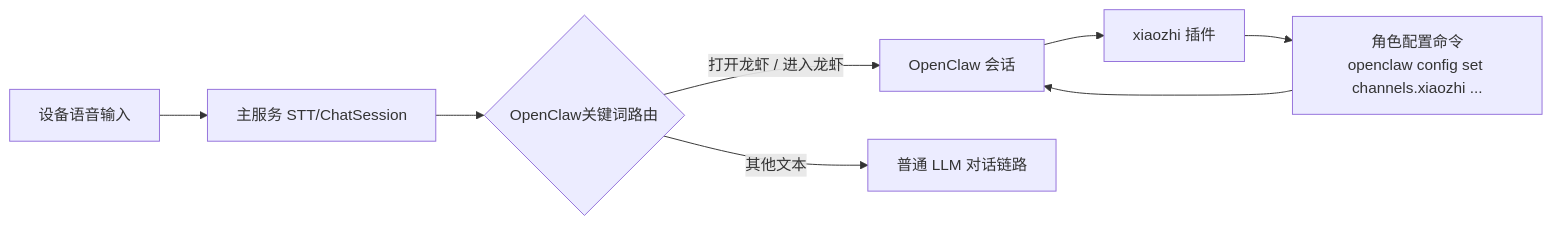
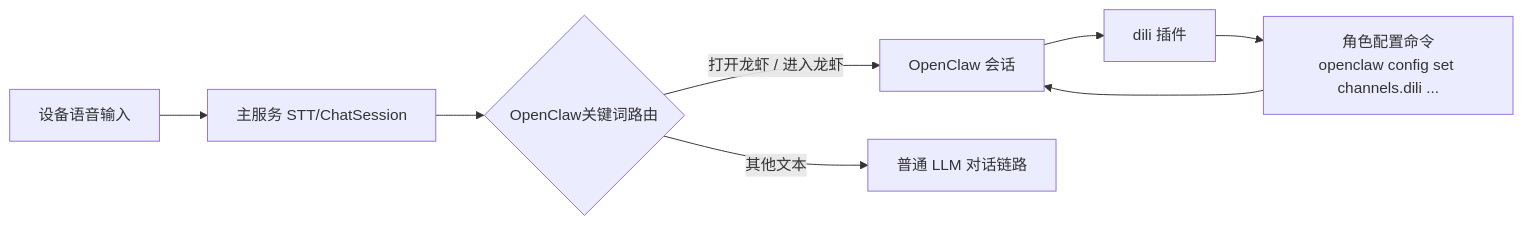
Before and after one commit to artaime/dilidili: the diagram in doc/openclaw_integration.md, drawn with Mermaid. The commit also changed other lines of this file and 325 other files, not shown here.

````diff
--- a/doc/openclaw_integration.md
+++ b/doc/openclaw_integration.md
@@ -5,10 +5,10 @@
 ```mermaid
 flowchart LR
   Device[设备语音输入] --> ASR[主服务 STT/ChatSession]
   ASR --> Route{OpenClaw关键词路由}
   Route -- 打开龙虾 / 进入龙虾 --> OCSession[OpenClaw 会话]
   Route -- 其他文本 --> LLM[普通 LLM 对话链路]
-  OCSession --> Plugin[xiaozhi 插件]
-  Plugin --> ChannelCmd[角色配置命令<br/>openclaw config set channels.xiaozhi ...]
+  OCSession --> Plugin[dili 插件]
+  Plugin --> ChannelCmd[角色配置命令<br/>openclaw config set channels.dili ...]
   ChannelCmd --> OCSession
 ```
````
